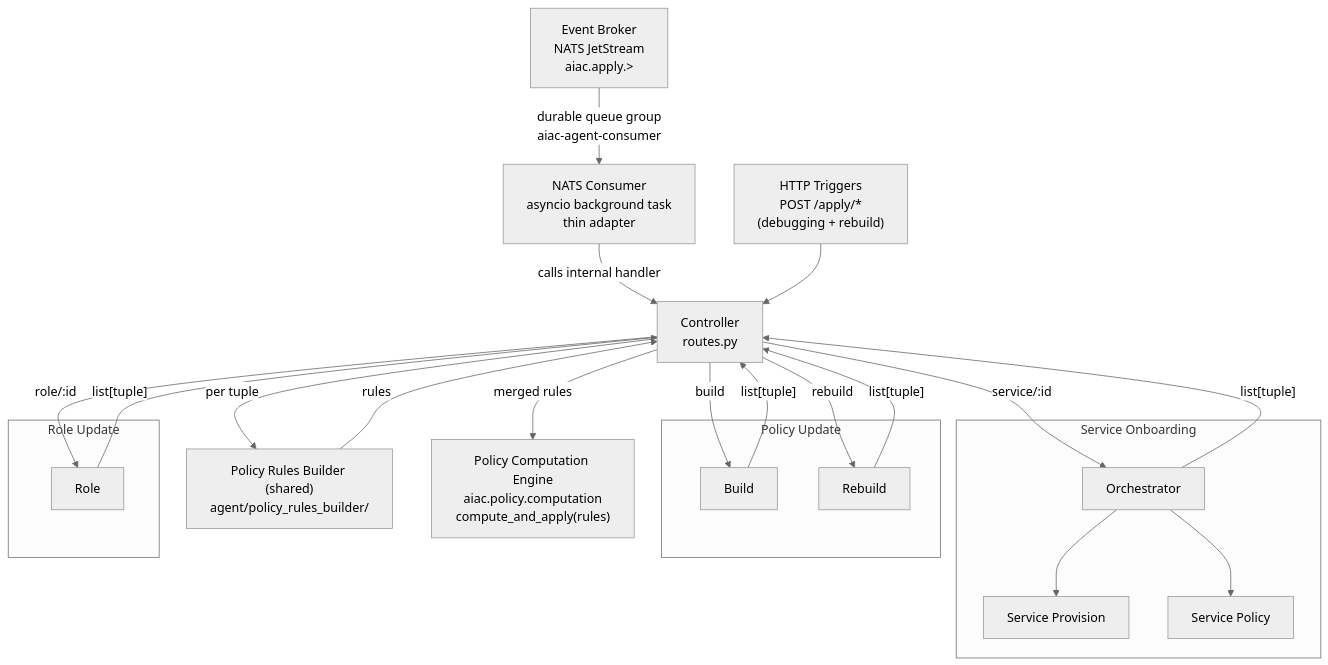
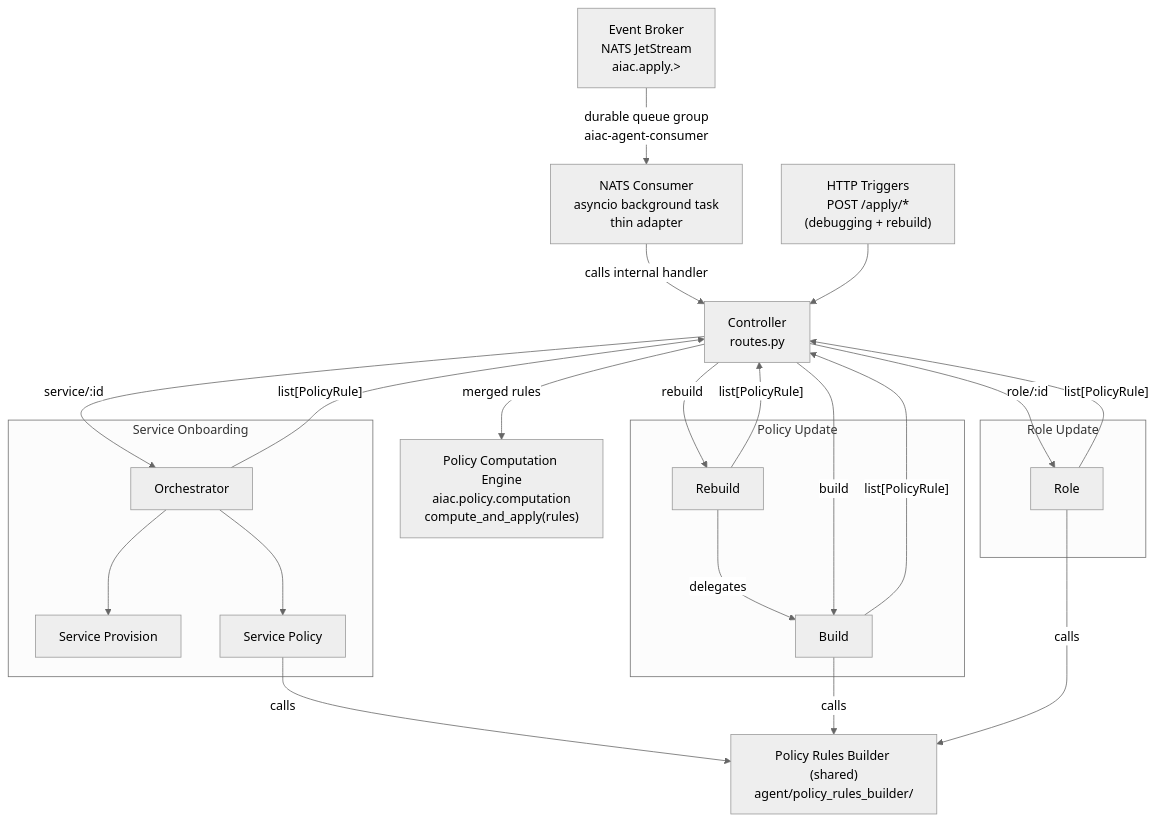
One commit to rossoctl/aiac changed the diagram in inception/requirements/components/aiac-agent.md. Above: the diagram before and after it, drawn with Mermaid (neutral theme). The commit also changed other lines of this file and 4 other files, not shown here.

First line of the commit message:
docs(aiac-agent): move PRB calls from Controller into producing sub-agents

````diff
--- a/inception/requirements/components/aiac-agent.md
+++ b/inception/requirements/components/aiac-agent.md
@@ -28,45 +28,48 @@
 ```mermaid
 flowchart TD
     NATS["Event Broker\nNATS JetStream\naiac.apply.>"]
     NATS_CONSUMER["NATS Consumer\nasyncio background task\nthin adapter"]
     TRIGGERS["HTTP Triggers\nPOST /apply/*\n(debugging + rebuild)"]
     CTRL["Controller\nroutes.py"]
 
     NATS -->|"durable queue group\naiac-agent-consumer"| NATS_CONSUMER
     NATS_CONSUMER -->|"calls internal handler"| CTRL
     TRIGGERS --> CTRL
 
     subgraph CO["Service Onboarding"]
         ORC1["Orchestrator"]
         SA1["Service Provision"]
         SA2["Service Policy"]
         ORC1 --> SA1
         ORC1 --> SA2
     end
 
     subgraph PU["Policy Update"]
         SA4["Build"]
         SA5["Rebuild"]
+        SA5 -->|"delegates"| SA4
     end
 
     subgraph RR["Role Update"]
         SA6["Role"]
     end
 
     PRB["Policy Rules Builder (shared)\nagent/policy_rules_builder/"]
     PCE["Policy Computation Engine\naiac.policy.computation\ncompute_and_apply(rules)"]
 
     CTRL -->|"service/:id"| ORC1
     CTRL -->|"build"| SA4
     CTRL -->|"rebuild"| SA5
     CTRL -->|"role/:id"| SA6
 
-    ORC1 -->|"list[tuple]"| CTRL
-    SA4  -->|"list[tuple]"| CTRL
-    SA5  -->|"list[tuple]"| CTRL
-    SA6  -->|"list[tuple]"| CTRL
+    SA2  -->|"calls"| PRB
+    SA4  -->|"calls"| PRB
+    SA6  -->|"calls"| PRB
 
-    CTRL -->|"per tuple"| PRB
-    PRB  -->|"rules"| CTRL
+    ORC1 -->|"list[PolicyRule]"| CTRL
+    SA4  -->|"list[PolicyRule]"| CTRL
+    SA5  -->|"list[PolicyRule]"| CTRL
+    SA6  -->|"list[PolicyRule]"| CTRL
+
     CTRL -->|"merged rules"| PCE
 ```
````
